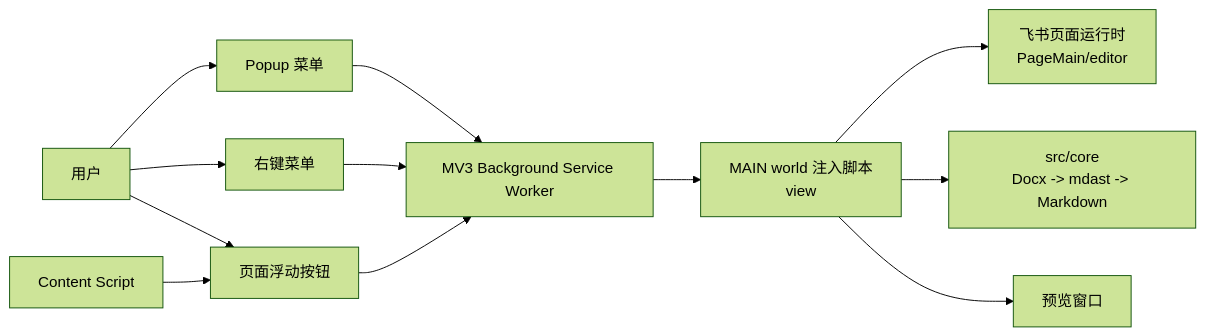
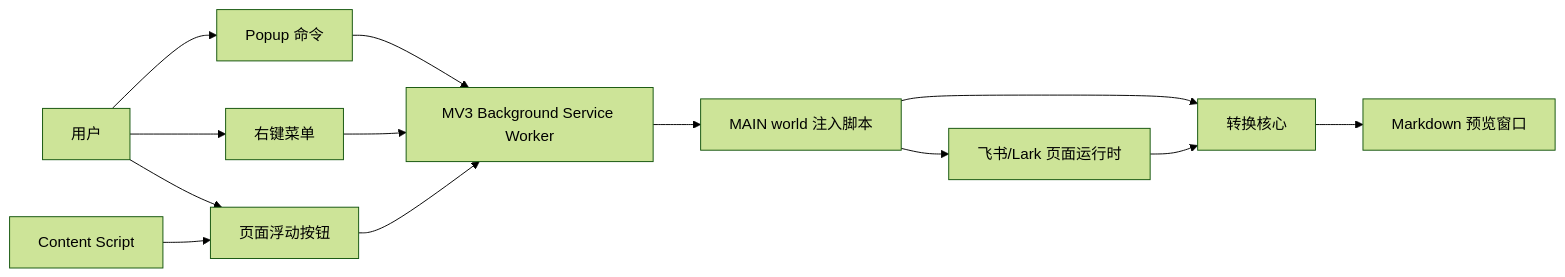
The first of 3 diagrams in docs/architecture-design.md (zhangpengfei-xyz/cloud-document-converter), drawn with Mermaid (forest theme) before and after one commit. The commit also changed other lines of this file and 25 other files, not shown here.

````diff
--- a/docs/architecture-design.md
+++ b/docs/architecture-design.md
@@ -33,16 +80,18 @@
 ```mermaid
 flowchart LR
-  User["用户"] --> Popup["Popup 菜单"]
+  User["用户"] --> Popup["Popup 命令"]
   User --> ContextMenu["右键菜单"]
-  User --> FloatingButtons["页面浮动按钮"]
+  User --> FloatingButton["页面浮动按钮"]
 
   Popup --> Background["MV3 Background Service Worker"]
   ContextMenu --> Background
-  FloatingButtons --> Background
+  FloatingButton --> Background
 
-  Background --> InjectedScripts["MAIN world 注入脚本<br/>view"]
-  InjectedScripts --> LarkRuntime["飞书页面运行时<br/>PageMain/editor"]
-  InjectedScripts --> CoreModule["src/core<br/>Docx -> mdast -> Markdown"]
-  InjectedScripts --> Output["预览窗口"]
-  Content["Content Script"] --> FloatingButtons
+  Background --> Injected["MAIN world 注入脚本"]
+  Content["Content Script"] --> FloatingButton
+
+  Injected --> Runtime["飞书/Lark 页面运行时"]
+  Injected --> Core["转换核心"]
+  Runtime --> Core
+  Core --> Preview["Markdown 预览窗口"]
 ```
````
